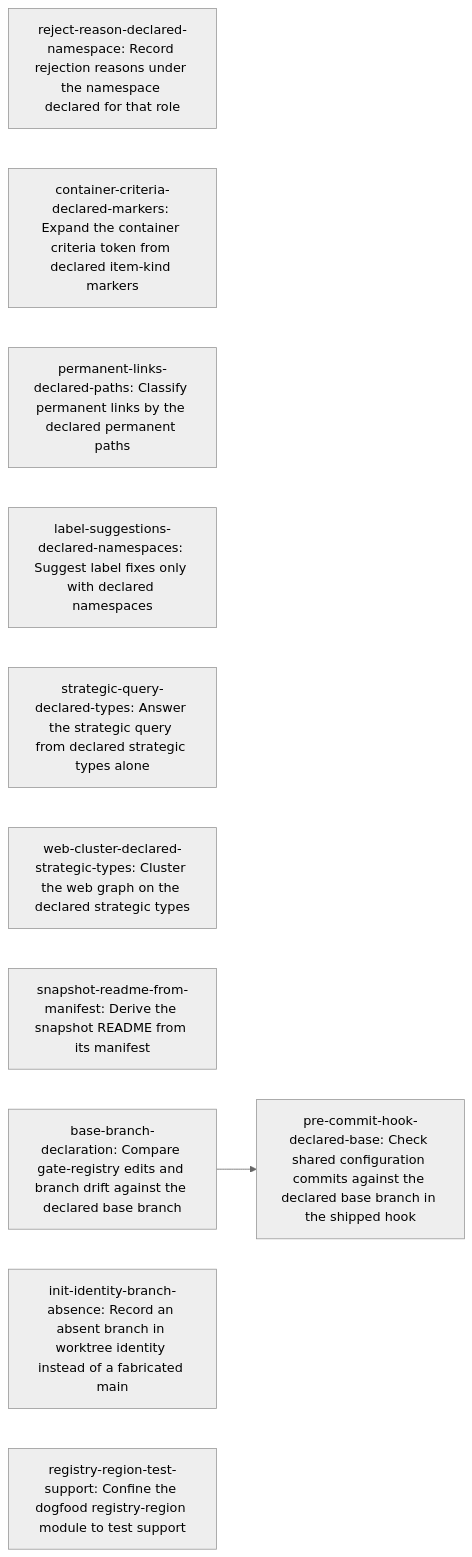
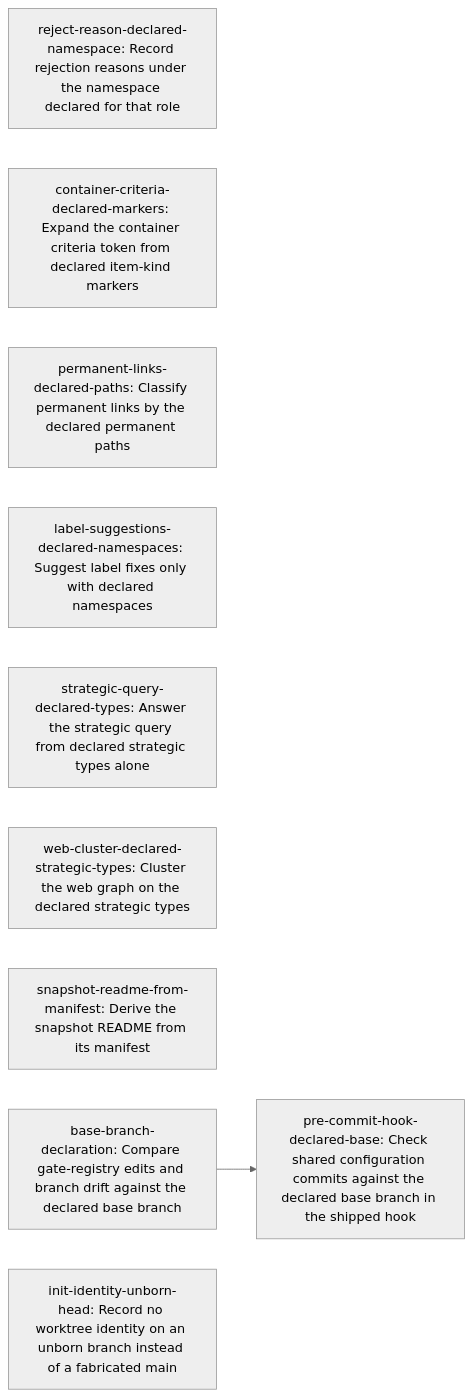
Before and after one commit to erankavija/just-in-time: the diagram in dev/active/f368ce3d-domain-agnostic-engine/plan.md, drawn with Mermaid (neutral theme). The commit also changed other lines of this file and 2 other files, not shown here.

````diff
--- a/dev/active/f368ce3d-domain-agnostic-engine/plan.md
+++ b/dev/active/f368ce3d-domain-agnostic-engine/plan.md
@@ -99,15 +102,14 @@
 ```mermaid
 flowchart LR
     N0["reject-reason-declared-namespace: Record rejection reasons under the namespace declared for that role"]
     N1["container-criteria-declared-markers: Expand the container criteria token from declared item-kind markers"]
     N2["permanent-links-declared-paths: Classify permanent links by the declared permanent paths"]
     N3["label-suggestions-declared-namespaces: Suggest label fixes only with declared namespaces"]
     N4["strategic-query-declared-types: Answer the strategic query from declared strategic types alone"]
     N5["web-cluster-declared-strategic-types: Cluster the web graph on the declared strategic types"]
     N6["snapshot-readme-from-manifest: Derive the snapshot README from its manifest"]
     N7["base-branch-declaration: Compare gate-registry edits and branch drift against the declared base branch"]
     N8["pre-commit-hook-declared-base: Check shared configuration commits against the declared base branch in the shipped hook"]
-    N9["init-identity-branch-absence: Record an absent branch in worktree identity instead of a fabricated main"]
-    N10["registry-region-test-support: Confine the dogfood registry-region module to test support"]
+    N9["init-identity-unborn-head: Record no worktree identity on an unborn branch instead of a fabricated main"]
     N7 --> N8
 ```
````
